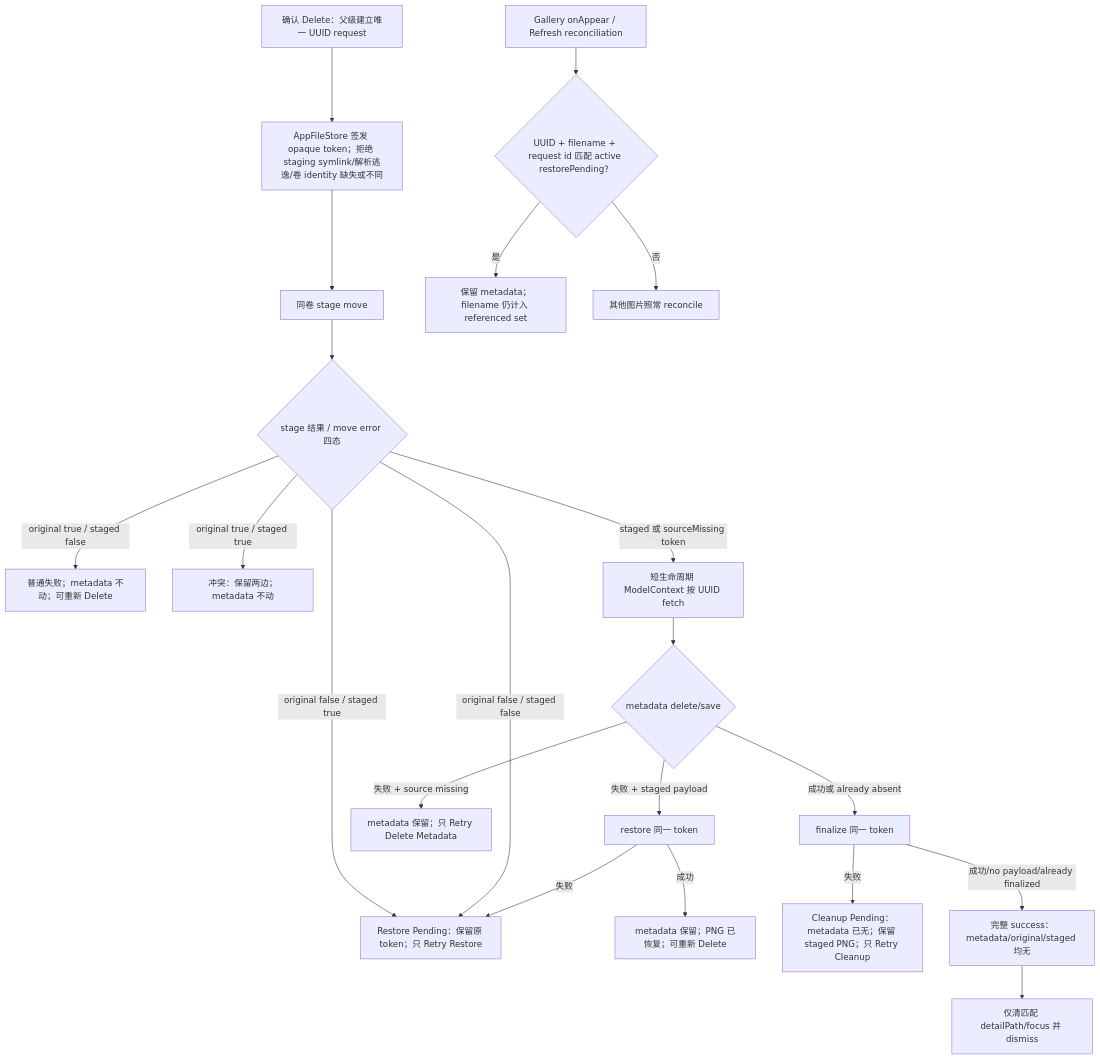
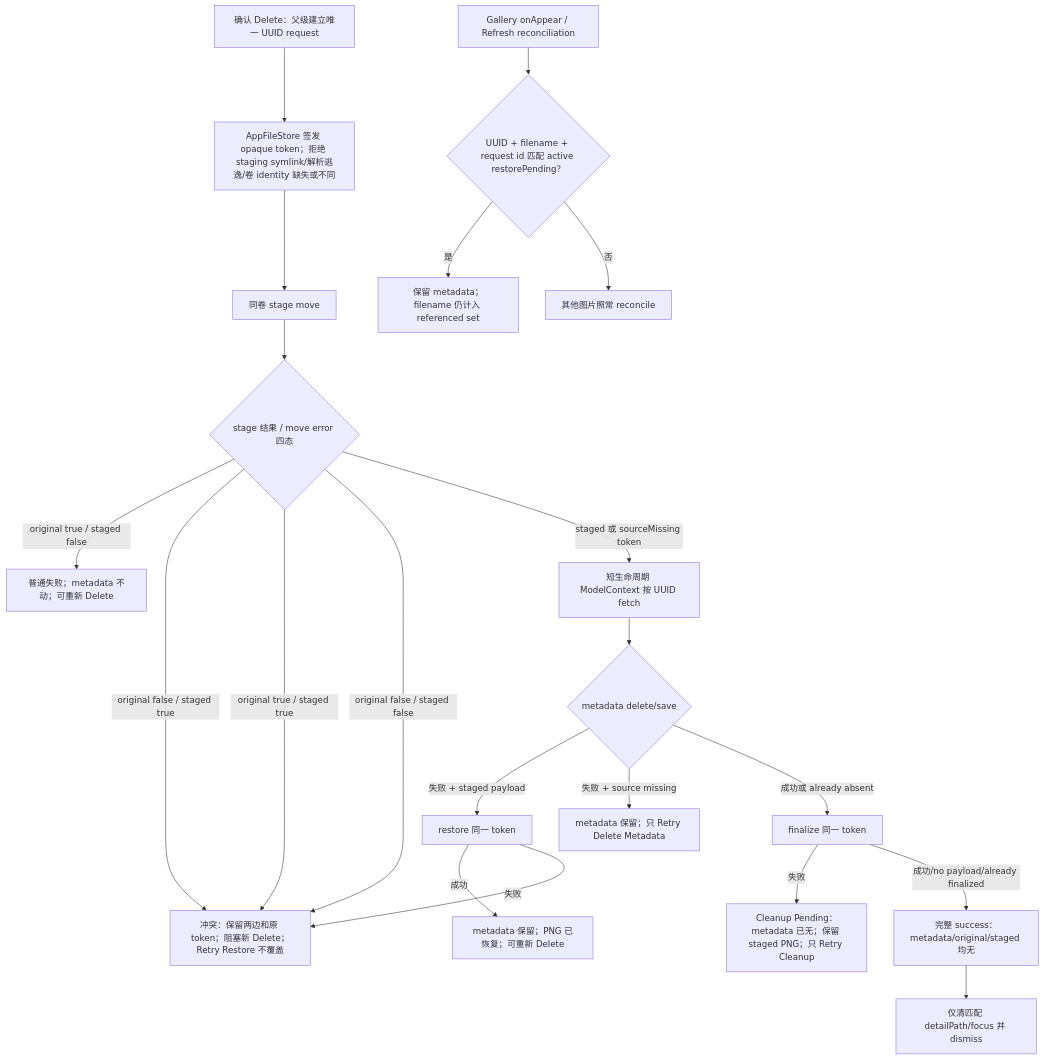
One commit to Altman-sam114/118 changed the third of 8 diagrams in md/flow/flowchart.md. Above: the diagram before and after it, drawn with Mermaid. The commit also changed 4 other files, not shown here.

````diff
--- a/md/flow/flowchart.md
+++ b/md/flow/flowchart.md
@@ -77,23 +77,23 @@
 ```mermaid
 flowchart TD
   A["确认 Delete：父级建立唯一 UUID request"] --> B["AppFileStore 签发 opaque token；拒绝 staging symlink/解析逃逸/卷 identity 缺失或不同"]
   B --> M["同卷 stage move"]
   M --> C{"stage 结果 / move error 四态"}
   C -- "original true / staged false" --> SF["普通失败；metadata 不动；可重新 Delete"]
   C -- "original false / staged true" --> RP["Restore Pending：保留原 token；只 Retry Restore"]
-  C -- "original true / staged true" --> BC["冲突：保留两边；metadata 不动"]
+  C -- "original true / staged true" --> RP["冲突：保留两边和原 token；阻塞新 Delete；Retry Restore 不覆盖"]
   C -- "original false / staged false" --> RP
   C -- "staged 或 sourceMissing token" --> D["短生命周期 ModelContext 按 UUID fetch"]
   AP["Gallery onAppear / Refresh reconciliation"] --> G{"UUID + filename + request id 匹配 active restorePending？"}
   G -- "是" --> KP["保留 metadata；filename 仍计入 referenced set"]
   G -- "否" --> NR["其他图片照常 reconcile"]
   D --> E{"metadata delete/save"}
   E -- "失败 + staged payload" --> R["restore 同一 token"]
   R -- "成功" --> RF["metadata 保留；PNG 已恢复；可重新 Delete"]
   R -- "失败" --> RP
   E -- "失败 + source missing" --> MF["metadata 保留；只 Retry Delete Metadata"]
   E -- "成功或 already absent" --> F["finalize 同一 token"]
   F -- "失败" --> CP["Cleanup Pending：metadata 已无；保留 staged PNG；只 Retry Cleanup"]
   F -- "成功/no payload/already finalized" --> S["完整 success：metadata/original/staged 均无"]
   S --> N["仅清匹配 detailPath/focus 并 dismiss"]
 ```
````
